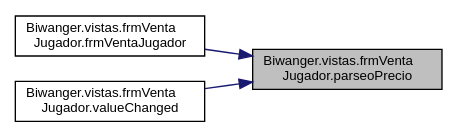
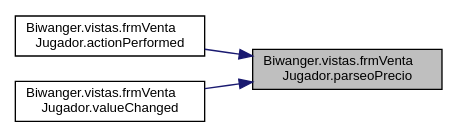
Before and after one commit to nagorecb/BiwangerCliente: the diagram in docs/class_biwanger_1_1vistas_1_1frm_venta_jugador_a4c948aa1bdb18f895fc1439d61f6e3a1_icgraph.dot, drawn with Graphviz. The commit also changed 177 other files, not shown here.

```diff
--- a/docs/class_biwanger_1_1vistas_1_1frm_venta_jugador_a4c948aa1bdb18f895fc1439d61f6e3a1_icgraph.dot
+++ b/docs/class_biwanger_1_1vistas_1_1frm_venta_jugador_a4c948aa1bdb18f895fc1439d61f6e3a1_icgraph.dot
@@ -1,12 +1,12 @@
 digraph "Biwanger.vistas.frmVentaJugador.parseoPrecio"
 {
  // LATEX_PDF_SIZE
   edge [fontname="Helvetica",fontsize="10",labelfontname="Helvetica",labelfontsize="10"];
   node [fontname="Helvetica",fontsize="10",shape=record];
   rankdir="RL";
   Node1 [label="Biwanger.vistas.frmVenta\lJugador.parseoPrecio",height=0.2,width=0.4,color="black", fillcolor="grey75", style="filled", fontcolor="black",tooltip=" "];
   Node1 -> Node2 [dir="back",color="midnightblue",fontsize="10",style="solid",fontname="Helvetica"];
-  Node2 [label="Biwanger.vistas.frmVenta\lJugador.frmVentaJugador",height=0.2,width=0.4,color="black", fillcolor="white", style="filled",URL="$class_biwanger_1_1vistas_1_1frm_venta_jugador.html#af19181c962bc32d436bc76fe1aacf4d2",tooltip=" "];
+  Node2 [label="Biwanger.vistas.frmVenta\lJugador.actionPerformed",height=0.2,width=0.4,color="black", fillcolor="white", style="filled",URL="$class_biwanger_1_1vistas_1_1frm_venta_jugador.html#a7ff7ed872f84229d9e532f8979f9633c",tooltip=" "];
   Node1 -> Node3 [dir="back",color="midnightblue",fontsize="10",style="solid",fontname="Helvetica"];
   Node3 [label="Biwanger.vistas.frmVenta\lJugador.valueChanged",height=0.2,width=0.4,color="black", fillcolor="white", style="filled",URL="$class_biwanger_1_1vistas_1_1frm_venta_jugador.html#a435466e940b5d7c28da071125da54e86",tooltip=" "];
 }
```
